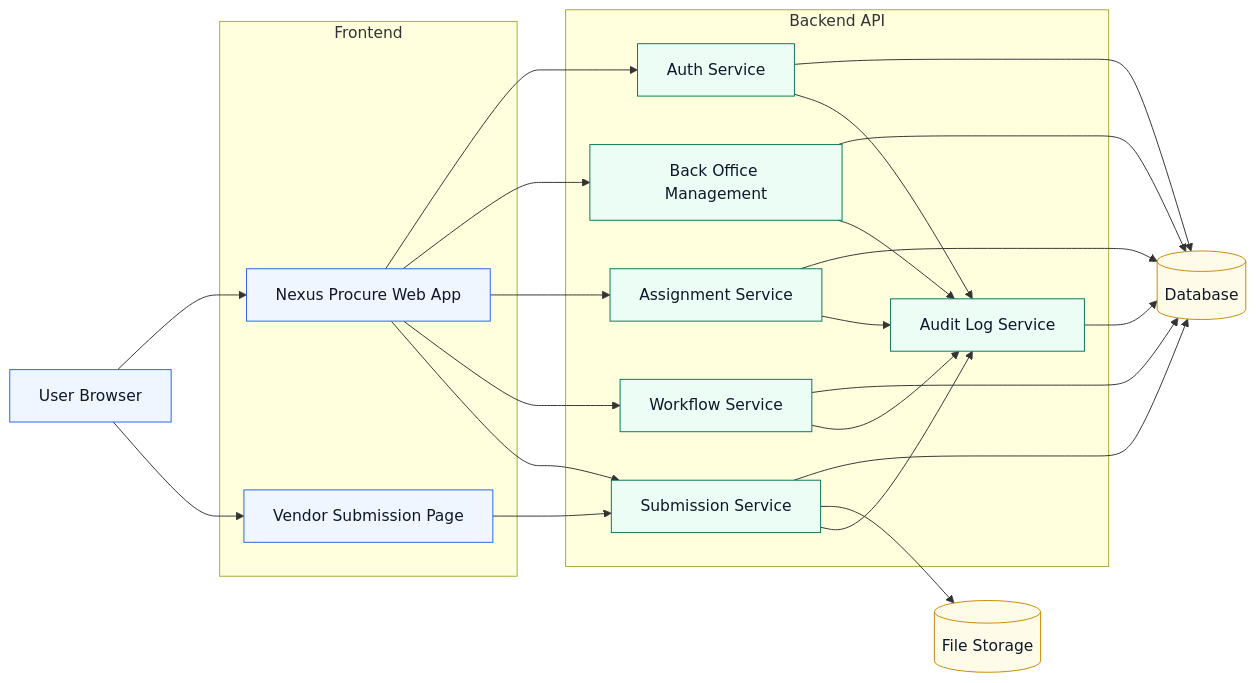
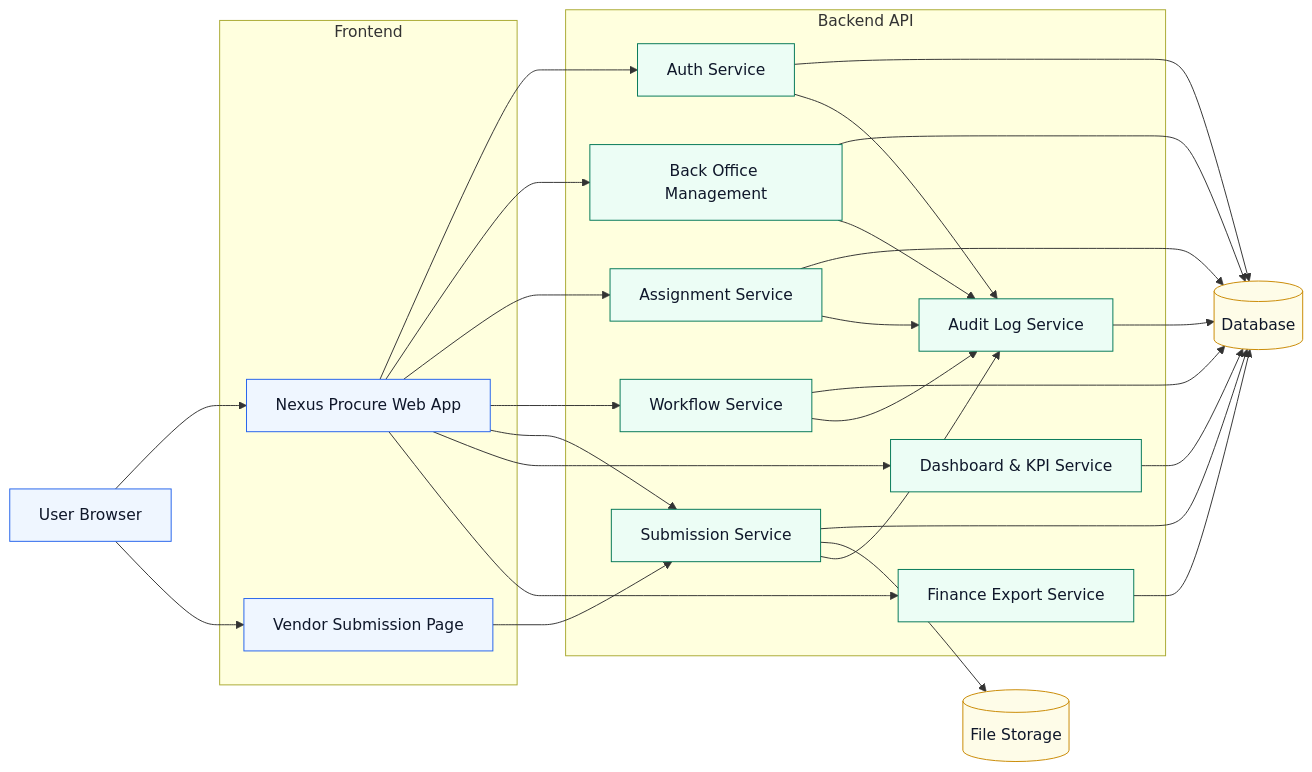
The diagram in report-diagrams/12-component-diagram.mmd (capmoo-capstone/report), drawn with Mermaid before and after one commit. The commit also changed 8 other files, not shown here.

Commit message:
docs: add project report documentation and system diagrams

```diff
--- a/report-diagrams/12-component-diagram.mmd
+++ b/report-diagrams/12-component-diagram.mmd
@@ -1,46 +1,52 @@
 flowchart LR
     %% Component Diagram
     classDef ui fill:#eff6ff,stroke:#2563eb,color:#0f172a;
     classDef service fill:#ecfdf5,stroke:#047857,color:#0f172a;
     classDef external fill:#f8fafc,stroke:#64748b,color:#0f172a;
     classDef storage fill:#fefce8,stroke:#ca8a04,color:#0f172a;
 
     Browser["User Browser"]:::ui
 
     subgraph Frontend["Frontend"]
         WebApp["Nexus Procure Web App"]:::ui
         VendorPage["Vendor Submission Page"]:::ui
     end
 
     subgraph Backend["Backend API"]
         Auth["Auth Service"]:::service
         BackOffice["Back Office Management"]:::service
         Assignment["Assignment Service"]:::service
         Workflow["Workflow Service"]:::service
         Submission["Submission Service"]:::service
         Audit["Audit Log Service"]:::service
+        Dashboard["Dashboard & KPI Service"]:::service
+        Finance["Finance Export Service"]:::service
     end
 
     DB[("Database")]:::storage
     Files[("File Storage")]:::storage
 
     Browser --> WebApp
     Browser --> VendorPage
     WebApp --> Auth
     WebApp --> BackOffice
     WebApp --> Assignment
     WebApp --> Workflow
     WebApp --> Submission
+    WebApp --> Dashboard
+    WebApp --> Finance
     Auth --> DB
     BackOffice --> DB
     Assignment --> DB
     Workflow --> DB
     Submission --> DB
     Submission --> Files
+    Dashboard --> DB
+    Finance --> DB
     Audit --> DB
     Auth --> Audit
     Assignment --> Audit
     Workflow --> Audit
     Submission --> Audit
     VendorPage --> Submission
     BackOffice --> Audit
```
